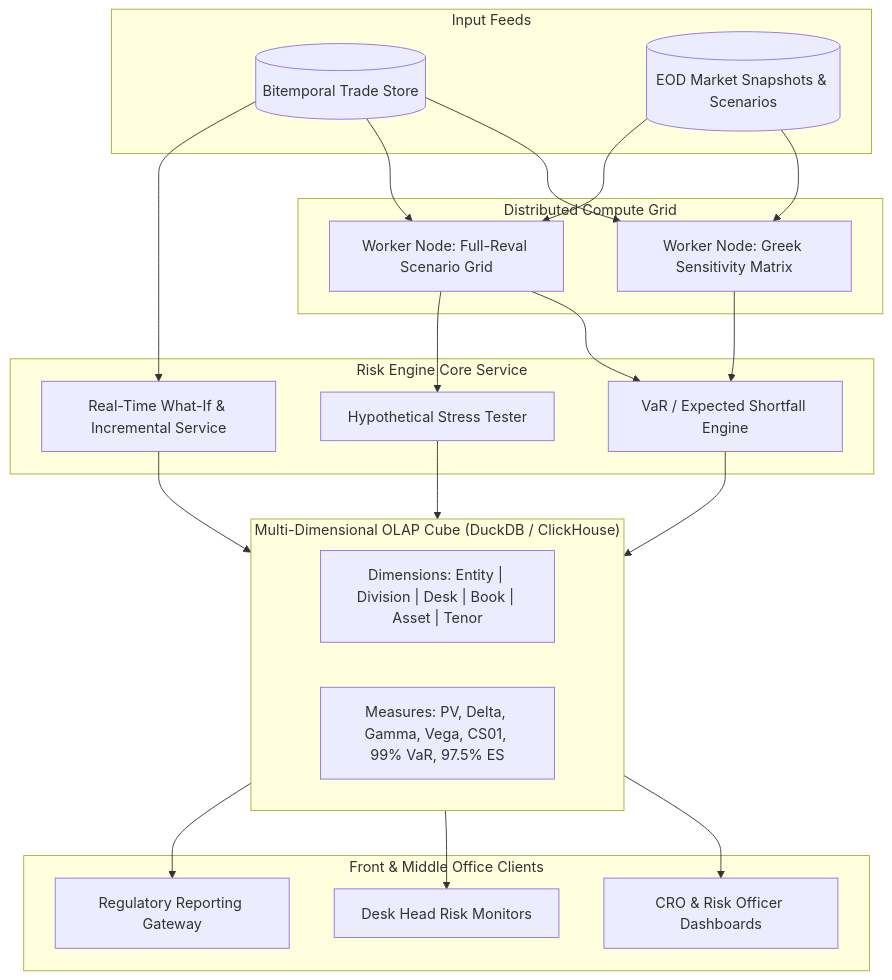
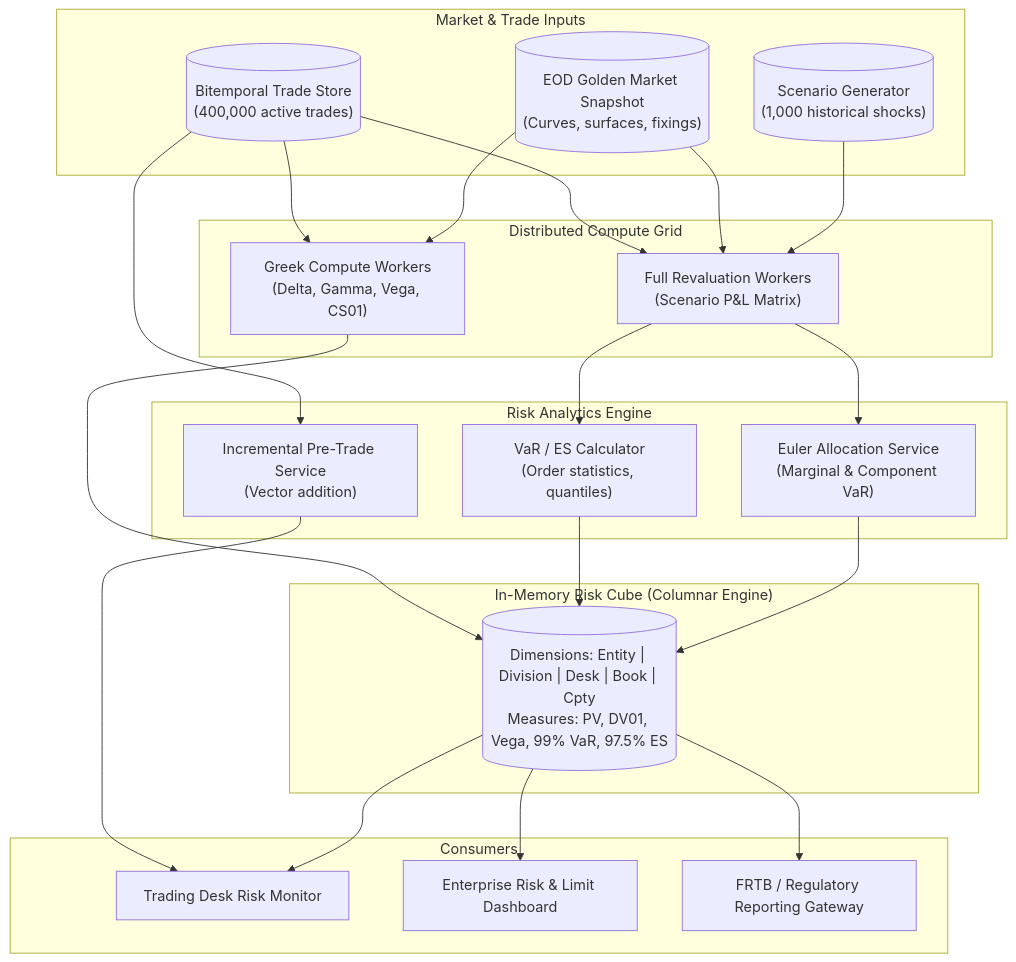
One commit to shreejitverma/The-Quant-Prep changed the diagram in 18-Pricing-and-Risk-Systems/07-Risk-Engine.md. Above: the diagram before and after it, drawn with Mermaid. The commit also changed other lines of this file and 25 other files, not shown here.

First line of the commit message:
fix(pricing-and-risk-systems): handle three-point natural spline (#55)

````diff
--- a/18-Pricing-and-Risk-Systems/07-Risk-Engine.md
+++ b/18-Pricing-and-Risk-Systems/07-Risk-Engine.md
@@ -48,47 +46,48 @@
 ```mermaid
 flowchart TB
-    subgraph InputTier["Input Feeds"]
-        TradeStore[(Bitemporal Trade Store)]
-        MarketStore[(EOD Market Snapshots & Scenarios)]
+    subgraph Inputs["Market & Trade Inputs"]
+        Trades[("Bitemporal Trade Store\n(400,000 active trades)")]
+        Scenarios[("Scenario Generator\n(1,000 historical shocks)")]
+        MarketSnap[("EOD Golden Market Snapshot\n(Curves, surfaces, fixings)")]
     end
 
-    subgraph PricingTier["Distributed Compute Grid"]
-        Worker1[Worker Node: Greek Sensitivity Matrix]
-        Worker2[Worker Node: Full-Reval Scenario Grid]
+    subgraph Valuation["Distributed Compute Grid"]
+        SensWorker["Greek Compute Workers\n(Delta, Gamma, Vega, CS01)"]
+        RevalWorker["Full Revaluation Workers\n(Scenario P&L Matrix)"]
     end
 
-    subgraph RiskEngineCore["Risk Engine Core Service"]
-        VaREngine[VaR / Expected Shortfall Engine]
-        StressEngine[Hypothetical Stress Tester]
-        WhatIfEngine[Real-Time What-If & Incremental Service]
+    subgraph Analytics["Risk Analytics Engine"]
+        VaRCore["VaR / ES Calculator\n(Order statistics, quantiles)"]
+        EulerCore["Euler Allocation Service\n(Marginal & Component VaR)"]
+        WhatIfCore["Incremental Pre-Trade Service\n(Vector addition)"]
     end
 
-    subgraph AggregationCube["Multi-Dimensional OLAP Cube (DuckDB / ClickHouse)"]
-        Dimensions["Dimensions: Entity | Division | Desk | Book | Asset | Tenor"]
-        Measures["Measures: PV, Delta, Gamma, Vega, CS01, 99% VaR, 97.5% ES"]
+    subgraph OLAP["In-Memory Risk Cube (Columnar Engine)"]
+        Cube[("Dimensions: Entity | Division | Desk | Book | Cpty\nMeasures: PV, DV01, Vega, 99% VaR, 97.5% ES")]
     end
 
-    subgraph Consumers["Front & Middle Office Clients"]
-        CRODashboard[CRO & Risk Officer Dashboards]
-        TraderUI[Desk Head Risk Monitors]
-        RegReporting[Regulatory Reporting Gateway]
+    subgraph FrontEnds["Consumers"]
+        DeskUI["Trading Desk Risk Monitor"]
+        CRODash["Enterprise Risk & Limit Dashboard"]
+        RegExport["FRTB / Regulatory Reporting Gateway"]
     end
 
-    TradeStore --> Worker1
-    TradeStore --> Worker2
-    MarketStore --> Worker1
-    MarketStore --> Worker2
+    Trades --> SensWorker
+    Trades --> RevalWorker
+    MarketSnap --> SensWorker
+    MarketSnap --> RevalWorker
+    Scenarios --> RevalWorker
 
-    Worker1 --> VaREngine
-    Worker2 --> VaREngine
-    Worker2 --> StressEngine
-    TradeStore --> WhatIfEngine
+    SensWorker --> Cube
+    RevalWorker --> VaRCore
+    RevalWorker --> EulerCore
+    Trades --> WhatIfCore
 
-    VaREngine --> AggregationCube
-    StressEngine --> AggregationCube
-    WhatIfEngine --> AggregationCube
+    VaRCore --> Cube
+    EulerCore --> Cube
+    WhatIfCore --> DeskUI
 
-    AggregationCube --> CRODashboard
-    AggregationCube --> TraderUI
-    AggregationCube --> RegReporting
+    Cube --> DeskUI
+    Cube --> CRODash
+    Cube --> RegExport
 ```
````
